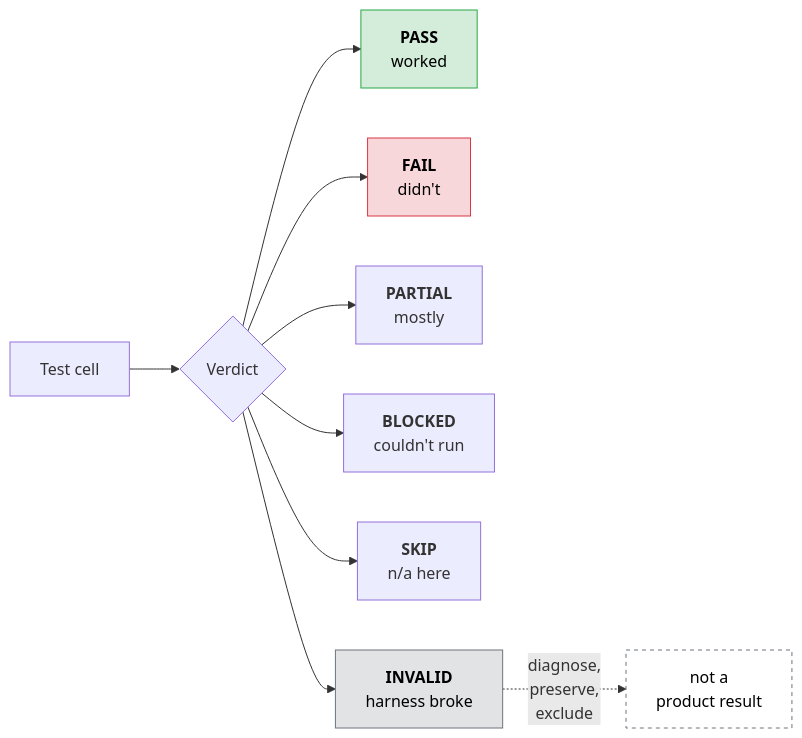
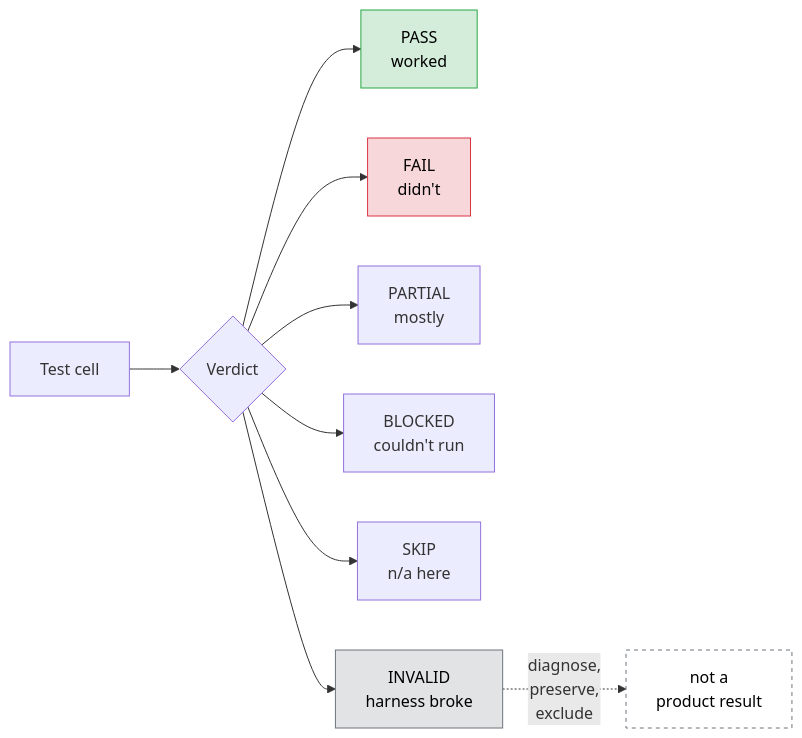
One commit to courtneyr-dev/wp-release-audit-method changed the fifth of 5 diagrams in README.md. Above: the diagram before and after it, drawn with Mermaid. The commit also changed other lines of this file and 4 other files, not shown here.

First line of the commit message:
🐛 Strip HTML tags from mermaid labels so GitHub will render the diagrams

````diff
--- a/README.md
+++ b/README.md
@@ -656,17 +732,17 @@
 ```mermaid
 flowchart LR
     C["Test cell"] --> V{"Verdict"}
-    V --> P["<b>PASS</b><br/>worked"]
-    V --> F["<b>FAIL</b><br/>didn't"]
-    V --> PA["<b>PARTIAL</b><br/>mostly"]
-    V --> B["<b>BLOCKED</b><br/>couldn't run"]
-    V --> S["<b>SKIP</b><br/>n/a here"]
-    V --> I["<b>INVALID</b><br/>harness broke"]
+    V --> P["PASS<br/>worked"]
+    V --> F["FAIL<br/>didn't"]
+    V --> PA["PARTIAL<br/>mostly"]
+    V --> B["BLOCKED<br/>couldn't run"]
+    V --> S["SKIP<br/>n/a here"]
+    V --> I["INVALID<br/>harness broke"]
 
     I -.->|"diagnose,<br/>preserve,<br/>exclude"| X["not a<br/>product result"]
 
     style P fill:#d4edda,stroke:#28a745,color:#000
     style F fill:#f8d7da,stroke:#dc3545,color:#000
     style I fill:#e2e3e5,stroke:#6c757d,color:#000
     style X fill:#fff,stroke:#6c757d,stroke-dasharray: 4 4,color:#000
 ```
````
